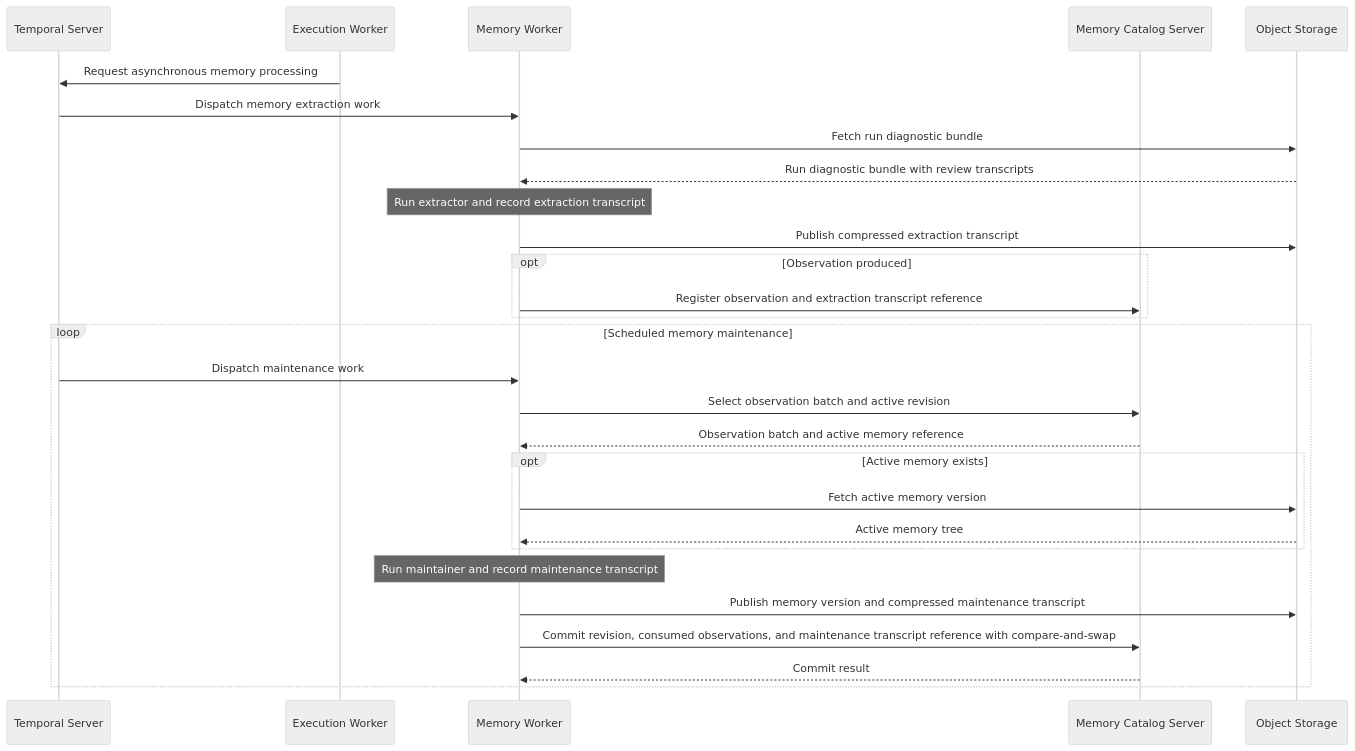
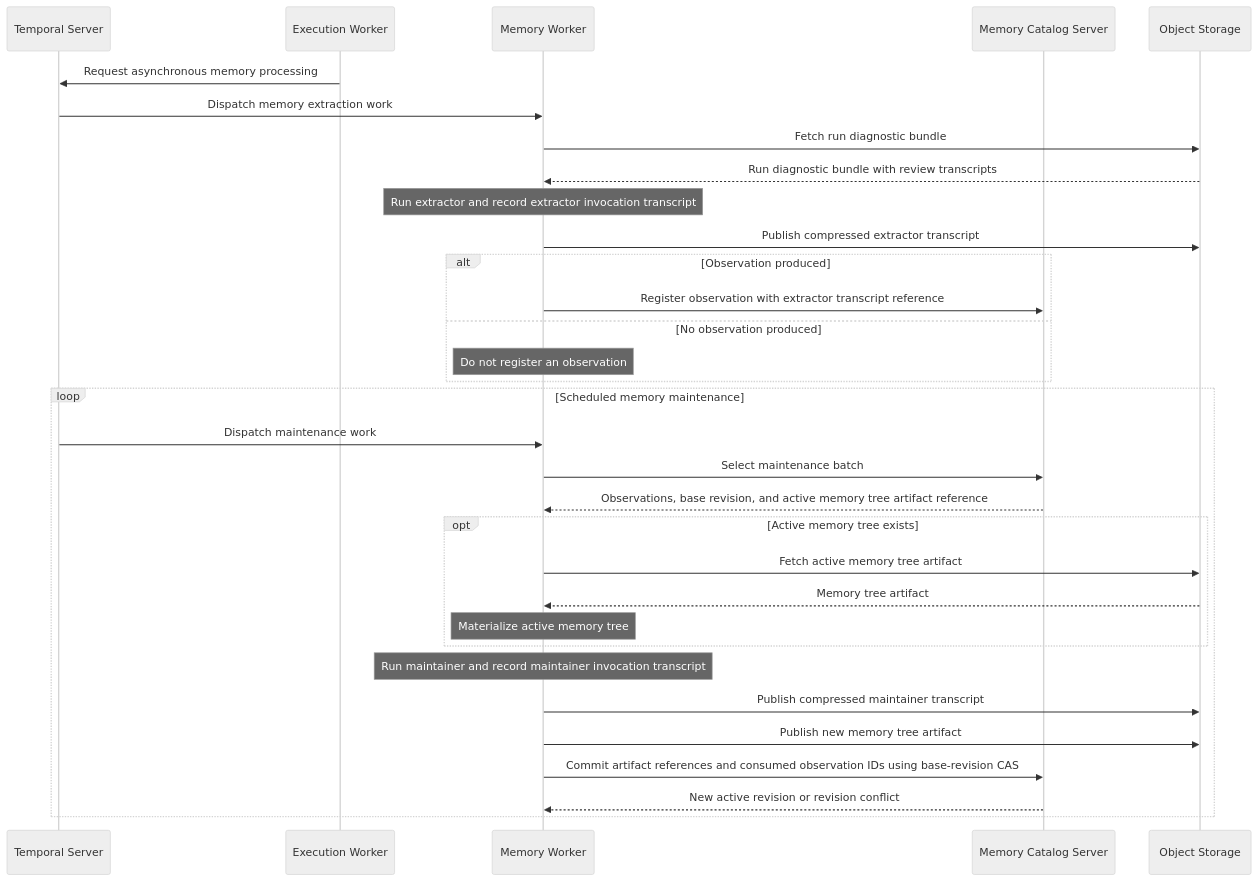
One commit to Agent-AI-Chalmers/sec-review-bot changed the second of 2 diagrams in docs/architecture/SYSTEM_ARCHITECTURE.md. Above: the diagram before and after it, drawn with Mermaid (neutral theme). The commit also changed 54 other files, not shown here.

````diff
--- a/docs/architecture/SYSTEM_ARCHITECTURE.md
+++ b/docs/architecture/SYSTEM_ARCHITECTURE.md
@@ -61,31 +61,35 @@
 ```mermaid
 sequenceDiagram
   participant Temporal as Temporal Server
   participant ExecutionWorker as Execution Worker
   participant MemoryWorker as Memory Worker
   participant Catalog as Memory Catalog Server
   participant Storage as Object Storage
 
   ExecutionWorker->>Temporal: Request asynchronous memory processing
   Temporal->>MemoryWorker: Dispatch memory extraction work
   MemoryWorker->>Storage: Fetch run diagnostic bundle
   Storage-->>MemoryWorker: Run diagnostic bundle with review transcripts
-  Note over MemoryWorker: Run extractor and record extraction transcript
-  MemoryWorker->>Storage: Publish compressed extraction transcript
-  opt Observation produced
-    MemoryWorker->>Catalog: Register observation and extraction transcript reference
+  Note over MemoryWorker: Run extractor and record extractor invocation transcript
+  MemoryWorker->>Storage: Publish compressed extractor transcript
+  alt Observation produced
+    MemoryWorker->>Catalog: Register observation with extractor transcript reference
+  else No observation produced
+    Note over MemoryWorker: Do not register an observation
   end
   loop Scheduled memory maintenance
     Temporal->>MemoryWorker: Dispatch maintenance work
-    MemoryWorker->>Catalog: Select observation batch and active revision
-    Catalog-->>MemoryWorker: Observation batch and active memory reference
-    opt Active memory exists
-      MemoryWorker->>Storage: Fetch active memory version
-      Storage-->>MemoryWorker: Active memory tree
+    MemoryWorker->>Catalog: Select maintenance batch
+    Catalog-->>MemoryWorker: Observations, base revision, and active memory tree artifact reference
+    opt Active memory tree exists
+      MemoryWorker->>Storage: Fetch active memory tree artifact
+      Storage-->>MemoryWorker: Memory tree artifact
+      Note over MemoryWorker: Materialize active memory tree
     end
-    Note over MemoryWorker: Run maintainer and record maintenance transcript
-    MemoryWorker->>Storage: Publish memory version and compressed maintenance transcript
-    MemoryWorker->>Catalog: Commit revision, consumed observations, and maintenance transcript reference with compare-and-swap
-    Catalog-->>MemoryWorker: Commit result
+    Note over MemoryWorker: Run maintainer and record maintainer invocation transcript
+    MemoryWorker->>Storage: Publish compressed maintainer transcript
+    MemoryWorker->>Storage: Publish new memory tree artifact
+    MemoryWorker->>Catalog: Commit artifact references and consumed observation IDs using base-revision CAS
+    Catalog-->>MemoryWorker: New active revision or revision conflict
   end
 ```
````
